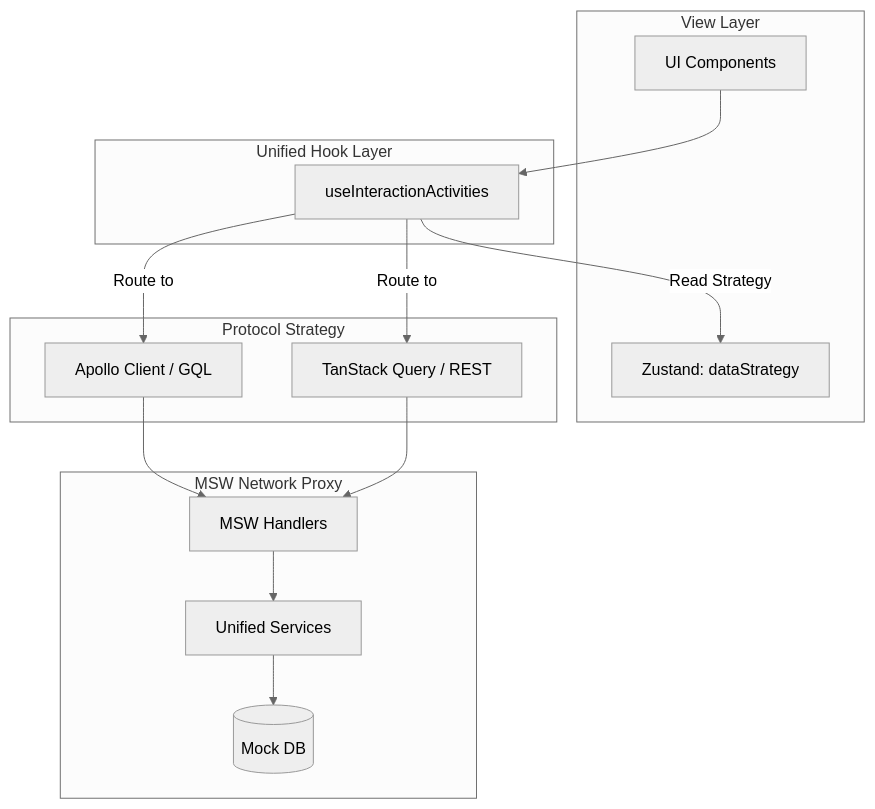
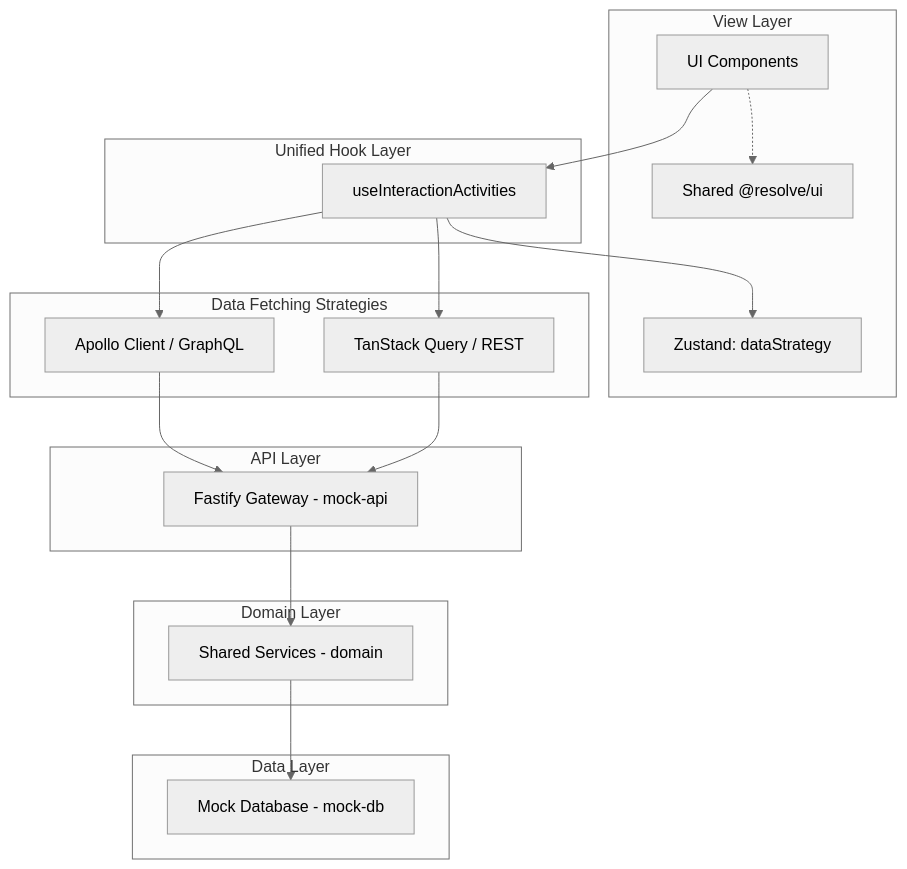
Before and after one commit to campalot/resolve: the first of 3 diagrams in apps/resolve/ARCHITECTURE.md, drawn with Mermaid. The commit also changed other lines of this file and 14 other files, not shown here.

````diff
--- a/apps/resolve/ARCHITECTURE.md
+++ b/apps/resolve/ARCHITECTURE.md
@@ -251,33 +177,44 @@
 ```mermaid
-%%{init: {'theme': 'neutral', 'themeVariables': { 'primaryColor': '#f96'}}}%%
+%%{init: {'theme': 'neutral', 'themeVariables': {'primaryColor': '#f96'}}}%%
 graph TD
+
     subgraph UI_Layer [View Layer]
         COMP[UI Components]
         STRAT[Zustand: dataStrategy]
+        UI[Shared @resolve/ui]
     end
 
     subgraph Hooks [Unified Hook Layer]
         UH[useInteractionActivities]
     end
 
-    subgraph Providers [Protocol Strategy]
-        APO[Apollo Client / GQL]
+    subgraph Providers [Data Fetching Strategies]
+        APO[Apollo Client / GraphQL]
         TAN[TanStack Query / REST]
     end
 
-    subgraph Interceptor [MSW Network Proxy]
-        MSW[MSW Handlers]
-        SVC[Unified Services]
-        DB[(Mock DB)]
+    subgraph API [API Layer]
+        API_APP[Fastify Gateway - mock-api]
+    end
+
+    subgraph Domain [Domain Layer]
+        SVC[Shared Services - domain]
+    end
+
+    subgraph Data [Data Layer]
+        DB[Mock Database - mock-db]
     end
 
     COMP --> UH
-    UH -- Read Strategy --> STRAT
-    UH -- Route to --> APO
-    UH -- Route to --> TAN
-    
-    APO --> MSW
-    TAN --> MSW
-    MSW --> SVC
+    COMP -.-> UI
+
+    UH --> STRAT
+    UH --> APO
+    UH --> TAN
+
+    APO --> API_APP
+    TAN --> API_APP
+
+    API_APP --> SVC
     SVC --> DB
 ```
````
